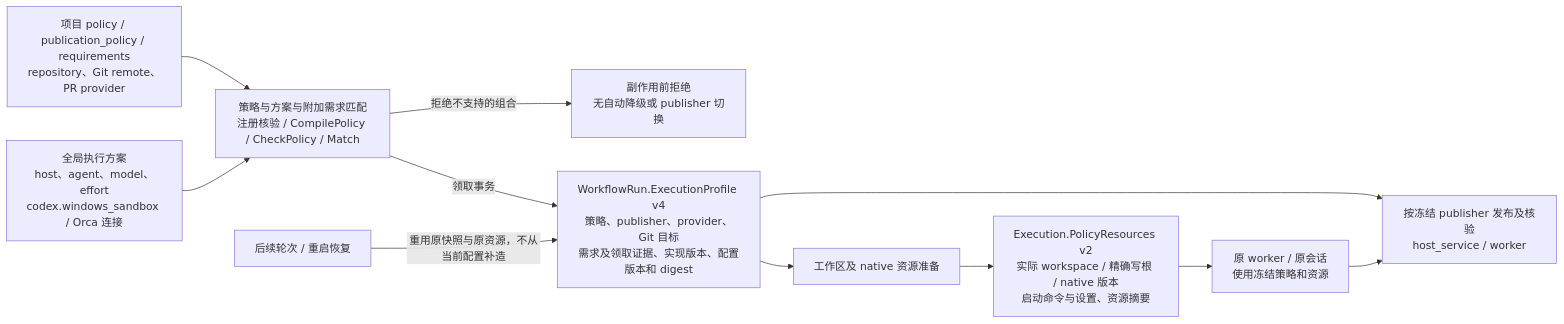
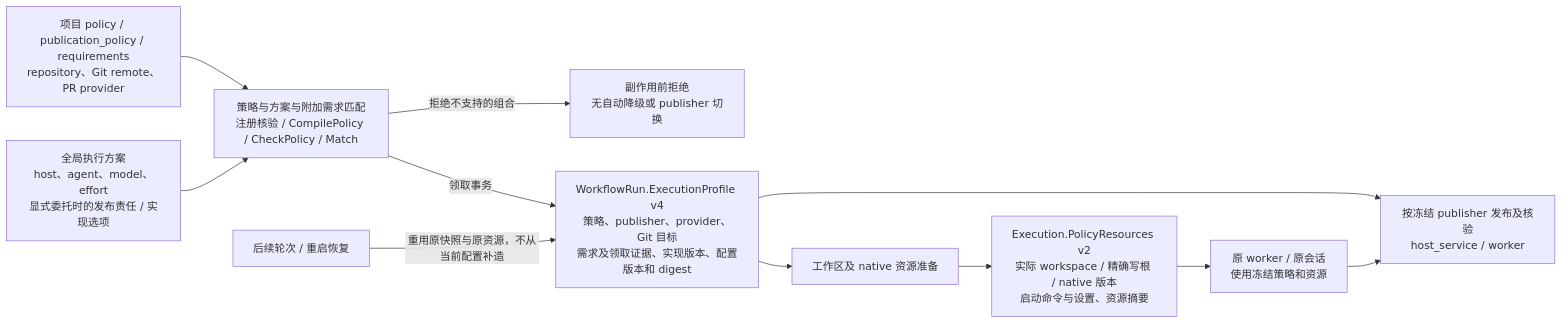
The fifth of 10 diagrams in docs/architecture/current-code-architecture.md (erranliu/SteerLine), drawn with Mermaid before and after one commit. The commit also changed other lines of this file and 17 other files, not shown here.

````diff
--- a/docs/architecture/current-code-architecture.md
+++ b/docs/architecture/current-code-architecture.md
@@ -255,13 +261,13 @@
 ```mermaid
 flowchart LR
     Project["项目 policy / publication_policy / requirements<br/>repository、Git remote、PR provider"] --> Compile["策略与方案与附加需求匹配<br/>注册核验 / CompilePolicy / CheckPolicy / Match"]
-    Profiles["全局执行方案<br/>host、agent、model、effort<br/>codex.windows_sandbox / Orca 连接"] --> Compile
+    Profiles["全局执行方案<br/>host、agent、model、effort<br/>显式委托时的发布责任 / 实现选项"] --> Compile
     Compile -->|拒绝不支持的组合| Reject["副作用前拒绝<br/>无自动降级或 publisher 切换"]
     Compile -->|领取事务| Fixed["WorkflowRun.ExecutionProfile v4<br/>策略、publisher、provider、Git 目标<br/>需求及领取证据、实现版本、配置版本和 digest"]
     Fixed --> Prepare["工作区及 native 资源准备"]
     Prepare --> Resources["Execution.PolicyResources v2<br/>实际 workspace / 精确写根 / native 版本<br/>启动命令与设置、资源摘要"]
     Resources --> Worker["原 worker / 原会话<br/>使用冻结策略和资源"]
     Fixed --> Publication["按冻结 publisher 发布及核验<br/>host_service / worker"]
     Worker --> Publication
     Restart["后续轮次 / 重启恢复"] -->|重用原快照与原资源，不从当前配置补造| Fixed
 ```
````
